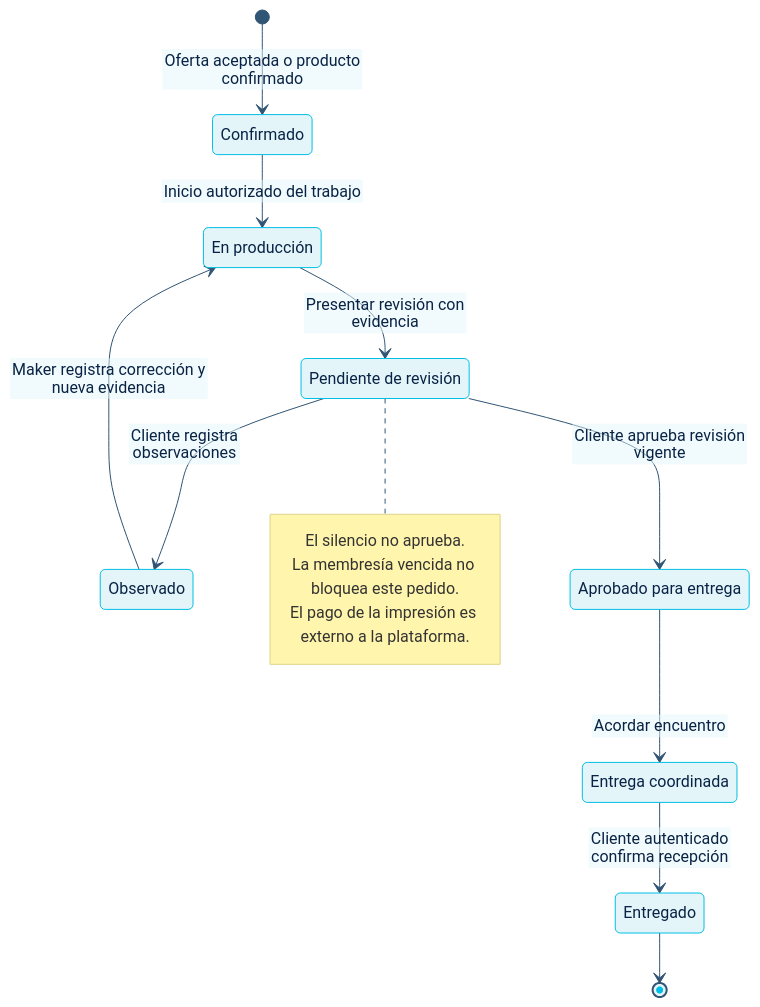
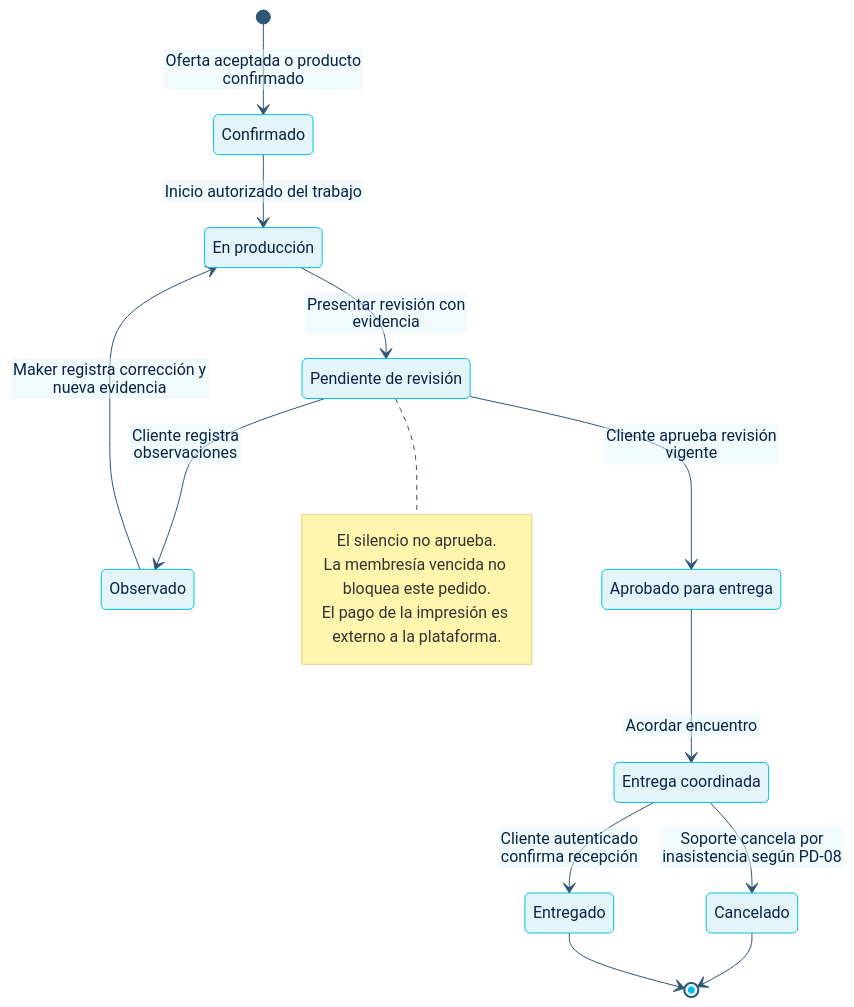
The diagram in public/documentos/51c245f91b6b-estados-pedido.mmd (chill0101/3daltoque-docs), drawn with Mermaid before and after one commit. The commit also changed 103 other files, not shown here.

```diff
--- a/public/documentos/51c245f91b6b-estados-pedido.mmd
+++ b/public/documentos/51c245f91b6b-estados-pedido.mmd
@@ -1,24 +1,27 @@
 %%{init: {"theme":"base","themeVariables":{"primaryColor":"#E4F5FA","primaryTextColor":"#082345","primaryBorderColor":"#00BFE5","lineColor":"#315574","secondaryColor":"#F5F8FC","tertiaryColor":"#FFFFFF","fontFamily":"Manrope, sans-serif"},"flowchart":{"htmlLabels":false},"class":{"htmlLabels":false}}}%%
 stateDiagram-v2
   direction TB
   state "Confirmado" as confirmado
   state "En producción" as produccion
   state "Pendiente de revisión" as revision
   state "Observado" as observado
   state "Aprobado para entrega" as aprobado
   state "Entrega coordinada" as coordinado
   state "Entregado" as entregado
+  state "Cancelado" as cancelado
   [*] --> confirmado: Oferta aceptada o producto confirmado
   confirmado --> produccion: Inicio autorizado del trabajo
   produccion --> revision: Presentar revisión con evidencia
   revision --> observado: Cliente registra observaciones
   observado --> produccion: Maker registra corrección y nueva evidencia
   revision --> aprobado: Cliente aprueba revisión vigente
   aprobado --> coordinado: Acordar encuentro
   coordinado --> entregado: Cliente autenticado confirma recepción
+  coordinado --> cancelado: Soporte cancela por inasistencia según PD-08
+  cancelado --> [*]
   entregado --> [*]
   note right of revision
     El silencio no aprueba.
     La membresía vencida no bloquea este pedido.
     El pago de la impresión es externo a la plataforma.
   end note
```
